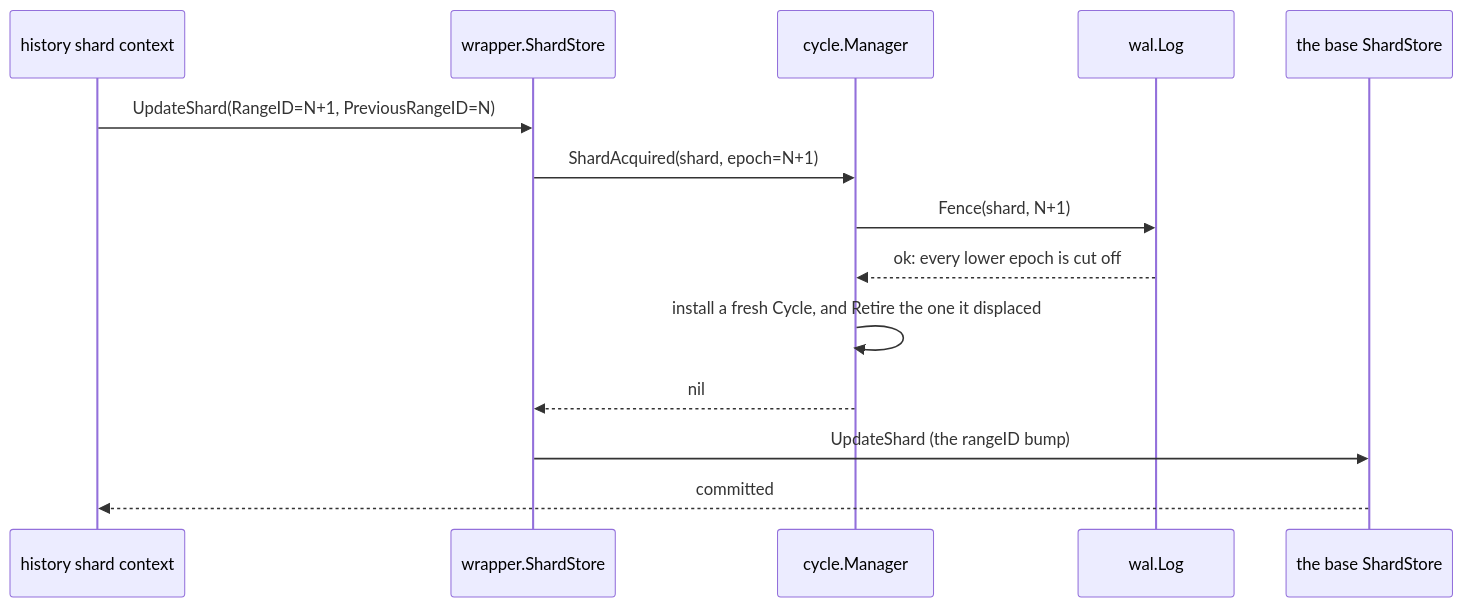
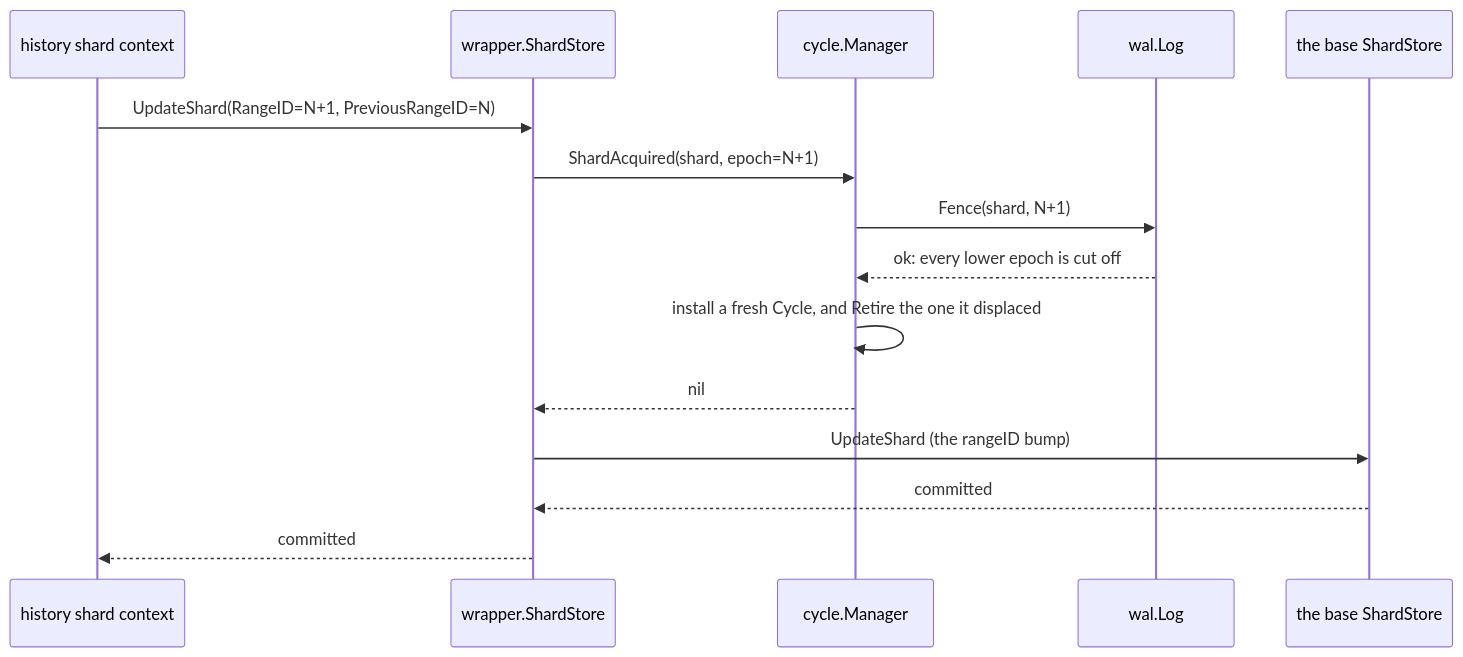
Before and after one commit to aromanovich/waltz: the first of 5 diagrams in docs/handbook/06-shard-lifecycle.md, drawn with Mermaid. The commit also changed other lines of this file and 29 other files, not shown here.

````diff
--- a/docs/handbook/06-shard-lifecycle.md
+++ b/docs/handbook/06-shard-lifecycle.md
@@ -96,16 +96,17 @@
 ```mermaid
 sequenceDiagram
     participant SC as history shard context
     participant WS as wrapper.ShardStore
     participant MG as cycle.Manager
     participant LOG as wal.Log
     participant BS as the base ShardStore
     SC->>WS: UpdateShard(RangeID=N+1, PreviousRangeID=N)
     WS->>MG: ShardAcquired(shard, epoch=N+1)
     MG->>LOG: Fence(shard, N+1)
     LOG-->>MG: ok: every lower epoch is cut off
     MG->>MG: install a fresh Cycle, and Retire the one it displaced
     MG-->>WS: nil
     WS->>BS: UpdateShard (the rangeID bump)
-    BS-->>SC: committed
+    BS-->>WS: committed
+    WS-->>SC: committed
 ```
````
